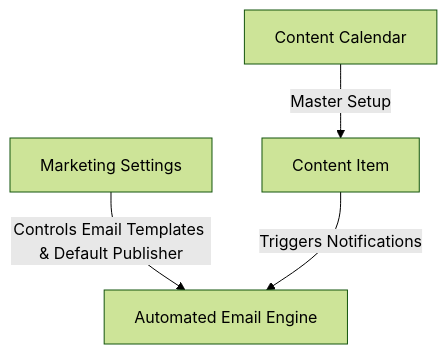
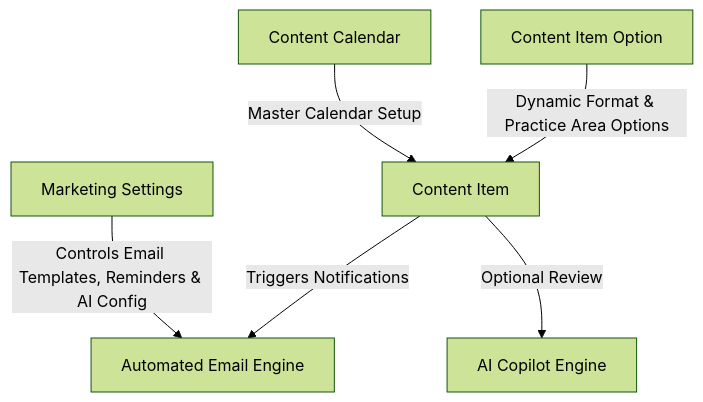
The diagram in app-architecture-and-flow.md (Avishkar-Kabadi-ODA/oda_marketing), drawn with Mermaid (forest theme) before and after one commit. The commit also changed other lines of this file and 26 other files, not shown here.

Commit message:
feat: migrate Content Item attributes to a configurable Content Item Option Doctype and update workflow states and SLA logic. Added Limit for using AI Copilot Agent

````diff
--- a/app-architecture-and-flow.md
+++ b/app-architecture-and-flow.md
@@ -11,6 +11,8 @@
 ```mermaid
 graph TD
-    A[Content Calendar] -->|Master Setup| B[Content Item]
-    D[Marketing Settings] -->|Controls Email Templates & Default Publisher| E[Automated Email Engine]
-    B -->|Triggers Notifications| E
+    A[Content Calendar] -->|Master Calendar Setup| C[Content Item]
+    B[Content Item Option] -->|Dynamic Format & Practice Area Options| C
+    D[Marketing Settings] -->|Controls Email Templates, Reminders & AI Config| E[Automated Email Engine]
+    C -->|Triggers Notifications| E
+    C -->|Optional Review| F[AI Copilot Engine]
 ```
````
